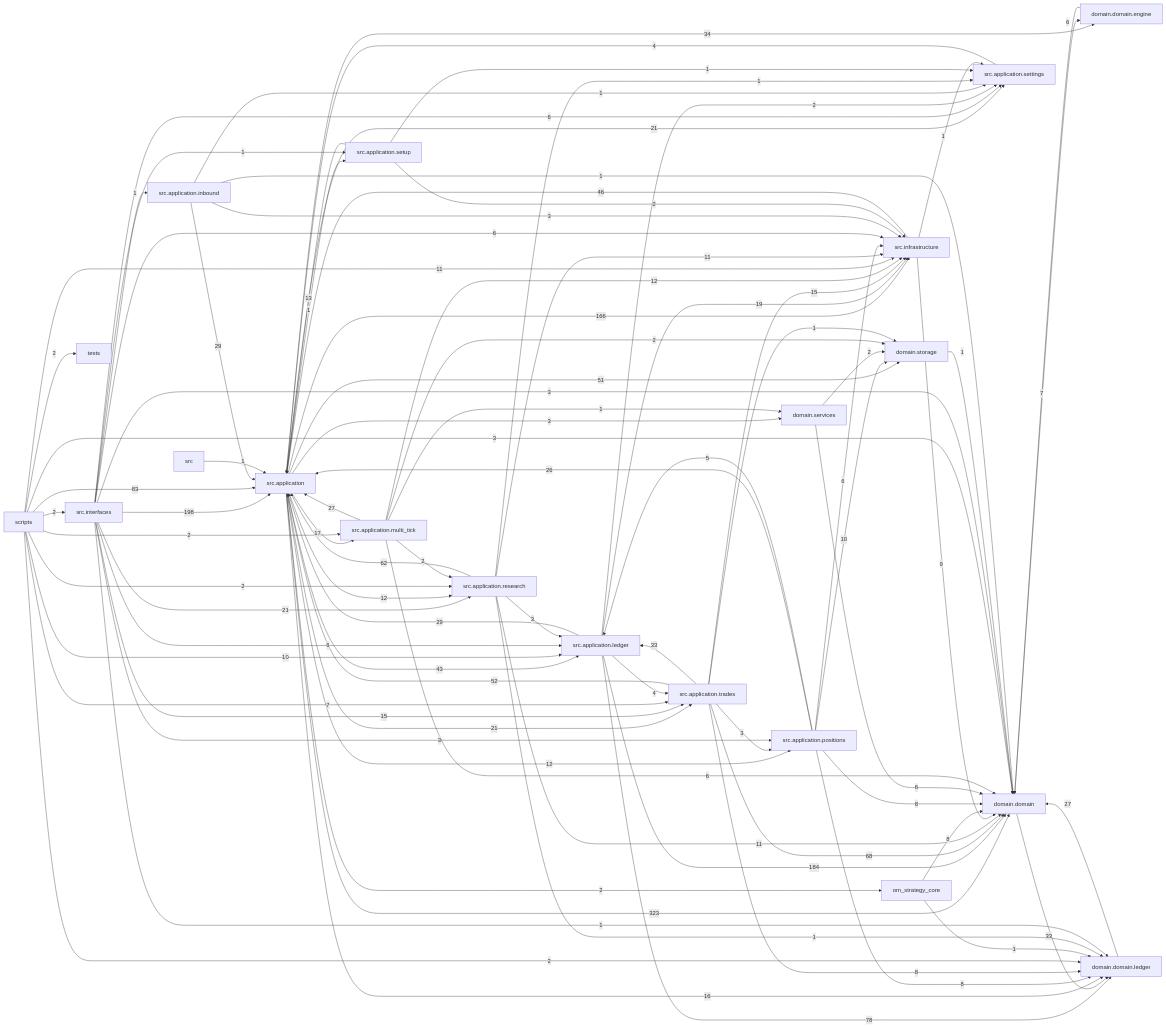
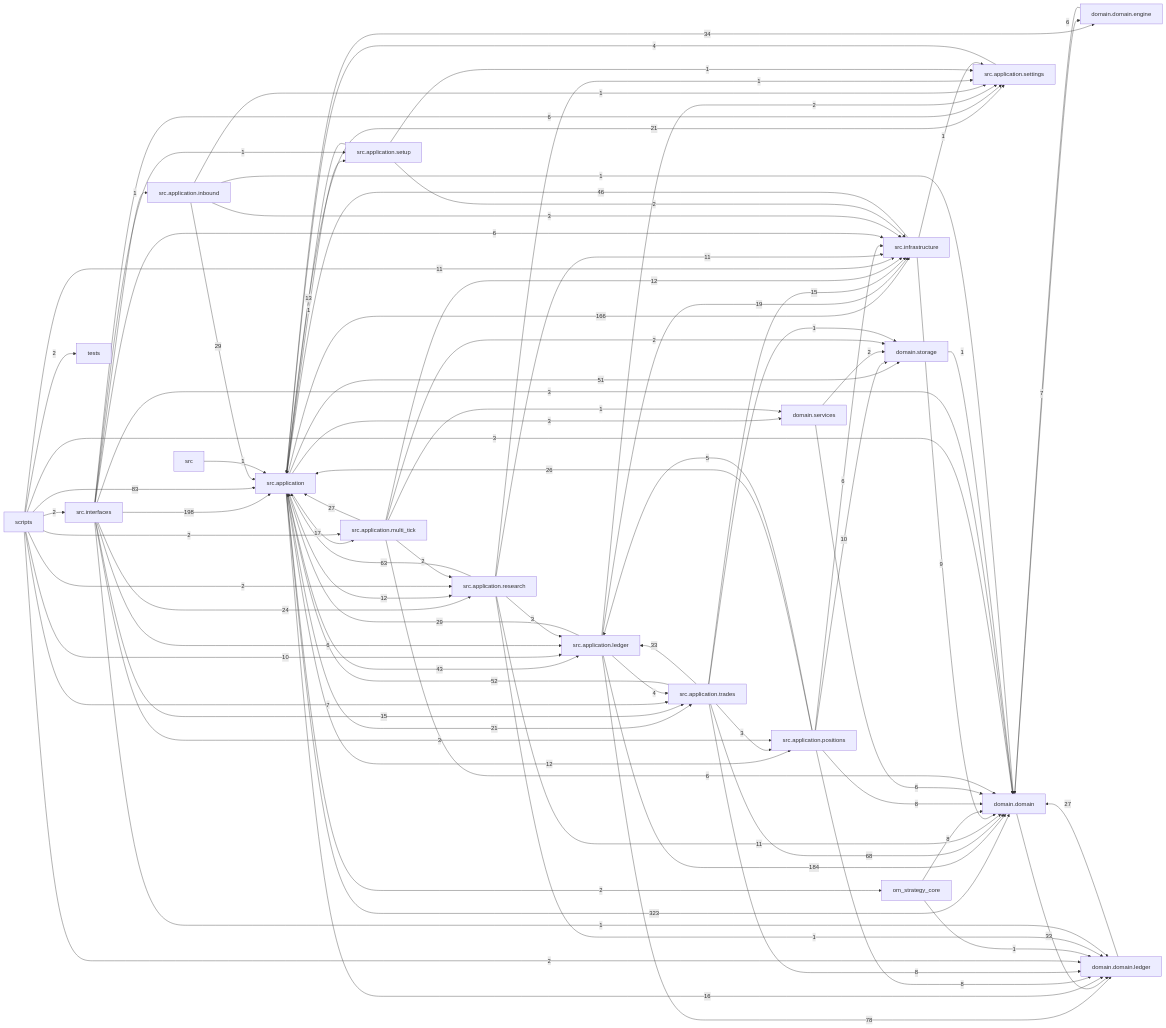
Before and after one commit to liuxie066/options-monitor: the diagram in docs/dependency_graph.mmd, drawn with Mermaid. The commit also changed 1 other file, not shown here.

Commit message:
docs(research): refresh retirement dependency graph

```diff
--- a/docs/dependency_graph.mmd
+++ b/docs/dependency_graph.mmd
@@ -1,88 +1,88 @@
 flowchart LR
   src_application["src.application"] -->|323| domain_domain["domain.domain"]
   src_interfaces["src.interfaces"] -->|198| src_application["src.application"]
   src_application_ledger["src.application.ledger"] -->|184| domain_domain["domain.domain"]
   src_application["src.application"] -->|166| src_infrastructure["src.infrastructure"]
   scripts["scripts"] -->|83| src_application["src.application"]
   src_application_ledger["src.application.ledger"] -->|78| domain_domain_ledger["domain.domain.ledger"]
   src_application_trades["src.application.trades"] -->|68| domain_domain["domain.domain"]
-  src_application_research["src.application.research"] -->|62| src_application["src.application"]
+  src_application_research["src.application.research"] -->|63| src_application["src.application"]
   src_application_trades["src.application.trades"] -->|52| src_application["src.application"]
   src_application["src.application"] -->|51| domain_storage["domain.storage"]
   src_infrastructure["src.infrastructure"] -->|46| src_application["src.application"]
   src_application["src.application"] -->|43| src_application_ledger["src.application.ledger"]
   src_application["src.application"] -->|34| domain_domain_engine["domain.domain.engine"]
   domain_domain["domain.domain"] -->|33| domain_domain_ledger["domain.domain.ledger"]
   src_application_trades["src.application.trades"] -->|33| src_application_ledger["src.application.ledger"]
   src_application_inbound["src.application.inbound"] -->|29| src_application["src.application"]
   src_application_ledger["src.application.ledger"] -->|29| src_application["src.application"]
   domain_domain_ledger["domain.domain.ledger"] -->|27| domain_domain["domain.domain"]
   src_application_multi_tick["src.application.multi_tick"] -->|27| src_application["src.application"]
   src_application_positions["src.application.positions"] -->|26| src_application["src.application"]
+  src_interfaces["src.interfaces"] -->|24| src_application_research["src.application.research"]
   src_application["src.application"] -->|21| src_application_settings["src.application.settings"]
   src_application["src.application"] -->|21| src_application_trades["src.application.trades"]
-  src_interfaces["src.interfaces"] -->|21| src_application_research["src.application.research"]
   src_application_ledger["src.application.ledger"] -->|19| src_infrastructure["src.infrastructure"]
   src_application["src.application"] -->|17| src_application_multi_tick["src.application.multi_tick"]
   src_application["src.application"] -->|16| domain_domain_ledger["domain.domain.ledger"]
   src_application_trades["src.application.trades"] -->|15| src_infrastructure["src.infrastructure"]
   src_interfaces["src.interfaces"] -->|15| src_application_trades["src.application.trades"]
   src_application_setup["src.application.setup"] -->|13| src_application["src.application"]
   src_application["src.application"] -->|12| src_application_positions["src.application.positions"]
   src_application["src.application"] -->|12| src_application_research["src.application.research"]
   src_application_multi_tick["src.application.multi_tick"] -->|12| src_infrastructure["src.infrastructure"]
   scripts["scripts"] -->|11| src_infrastructure["src.infrastructure"]
   src_application_research["src.application.research"] -->|11| domain_domain["domain.domain"]
   src_application_research["src.application.research"] -->|11| src_infrastructure["src.infrastructure"]
   scripts["scripts"] -->|10| src_application_ledger["src.application.ledger"]
   src_application_positions["src.application.positions"] -->|10| domain_storage["domain.storage"]
   src_infrastructure["src.infrastructure"] -->|9| domain_domain["domain.domain"]
   om_strategy_core["om_strategy_core"] -->|8| domain_domain["domain.domain"]
   src_application_positions["src.application.positions"] -->|8| domain_domain["domain.domain"]
   src_application_positions["src.application.positions"] -->|8| domain_domain_ledger["domain.domain.ledger"]
   src_application_trades["src.application.trades"] -->|8| domain_domain_ledger["domain.domain.ledger"]
   domain_domain_engine["domain.domain.engine"] -->|7| domain_domain["domain.domain"]
   scripts["scripts"] -->|7| src_application_trades["src.application.trades"]
   domain_domain["domain.domain"] -->|6| domain_domain_engine["domain.domain.engine"]
   domain_services["domain.services"] -->|6| domain_domain["domain.domain"]
   src_application_multi_tick["src.application.multi_tick"] -->|6| domain_domain["domain.domain"]
   src_application_positions["src.application.positions"] -->|6| src_infrastructure["src.infrastructure"]
   src_interfaces["src.interfaces"] -->|6| src_application_ledger["src.application.ledger"]
   src_interfaces["src.interfaces"] -->|6| src_application_settings["src.application.settings"]
   src_interfaces["src.interfaces"] -->|6| src_infrastructure["src.infrastructure"]
   src_application_positions["src.application.positions"] -->|5| src_application_ledger["src.application.ledger"]
   src_application_ledger["src.application.ledger"] -->|4| src_application_trades["src.application.trades"]
   src_application_settings["src.application.settings"] -->|4| src_application["src.application"]
   scripts["scripts"] -->|3| domain_domain["domain.domain"]
   src_application["src.application"] -->|3| domain_services["domain.services"]
   src_application_inbound["src.application.inbound"] -->|3| src_infrastructure["src.infrastructure"]
   src_application_research["src.application.research"] -->|3| src_application_ledger["src.application.ledger"]
   src_application_trades["src.application.trades"] -->|3| src_application_positions["src.application.positions"]
   src_interfaces["src.interfaces"] -->|3| domain_domain["domain.domain"]
   src_interfaces["src.interfaces"] -->|3| src_application_positions["src.application.positions"]
   domain_services["domain.services"] -->|2| domain_storage["domain.storage"]
   scripts["scripts"] -->|2| domain_domain_ledger["domain.domain.ledger"]
   scripts["scripts"] -->|2| src_application_multi_tick["src.application.multi_tick"]
   scripts["scripts"] -->|2| src_application_research["src.application.research"]
   scripts["scripts"] -->|2| src_interfaces["src.interfaces"]
   scripts["scripts"] -->|2| tests["tests"]
   src_application["src.application"] -->|2| om_strategy_core["om_strategy_core"]
   src_application_ledger["src.application.ledger"] -->|2| src_application_settings["src.application.settings"]
   src_application_multi_tick["src.application.multi_tick"] -->|2| domain_storage["domain.storage"]
   src_application_multi_tick["src.application.multi_tick"] -->|2| src_application_research["src.application.research"]
   src_application_setup["src.application.setup"] -->|2| src_infrastructure["src.infrastructure"]
   domain_storage["domain.storage"] -->|1| domain_domain["domain.domain"]
   om_strategy_core["om_strategy_core"] -->|1| domain_domain_ledger["domain.domain.ledger"]
   src["src"] -->|1| src_application["src.application"]
   src_application["src.application"] -->|1| src_application_setup["src.application.setup"]
   src_application_inbound["src.application.inbound"] -->|1| domain_domain["domain.domain"]
   src_application_inbound["src.application.inbound"] -->|1| src_application_settings["src.application.settings"]
   src_application_multi_tick["src.application.multi_tick"] -->|1| domain_services["domain.services"]
   src_application_research["src.application.research"] -->|1| domain_domain_ledger["domain.domain.ledger"]
   src_application_research["src.application.research"] -->|1| src_application_settings["src.application.settings"]
   src_application_setup["src.application.setup"] -->|1| src_application_settings["src.application.settings"]
   src_application_trades["src.application.trades"] -->|1| domain_storage["domain.storage"]
   src_infrastructure["src.infrastructure"] -->|1| src_application_settings["src.application.settings"]
   src_interfaces["src.interfaces"] -->|1| domain_domain_ledger["domain.domain.ledger"]
   src_interfaces["src.interfaces"] -->|1| src_application_inbound["src.application.inbound"]
   src_interfaces["src.interfaces"] -->|1| src_application_setup["src.application.setup"]
```
